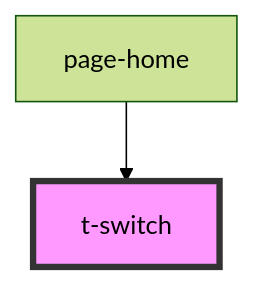
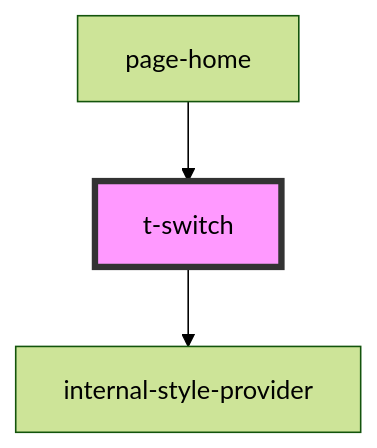
The diagram in src/components/t-switch/readme.md (TomasEng/web-components), drawn with Mermaid (forest theme) before and after one commit. The commit also changed other lines of this file and 15 other files, not shown here.

````diff
--- a/src/components/t-switch/readme.md
+++ b/src/components/t-switch/readme.md
@@ -29,5 +34,6 @@
 ```mermaid
 graph TD;
+  t-switch --> internal-style-provider
   page-home --> t-switch
   style t-switch fill:#f9f,stroke:#333,stroke-width:4px
 ```
````
